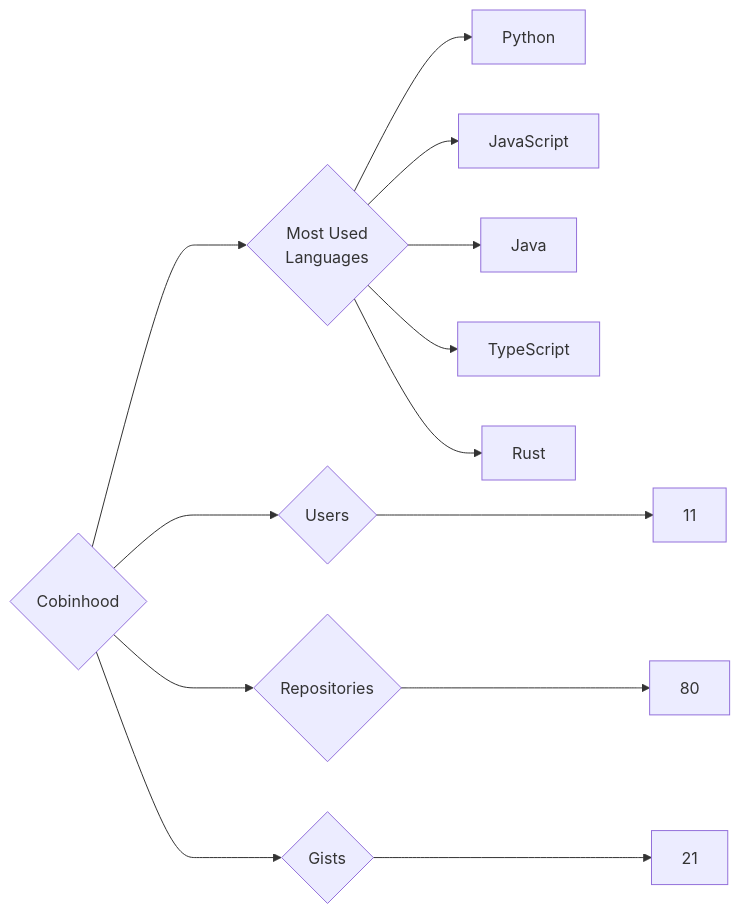
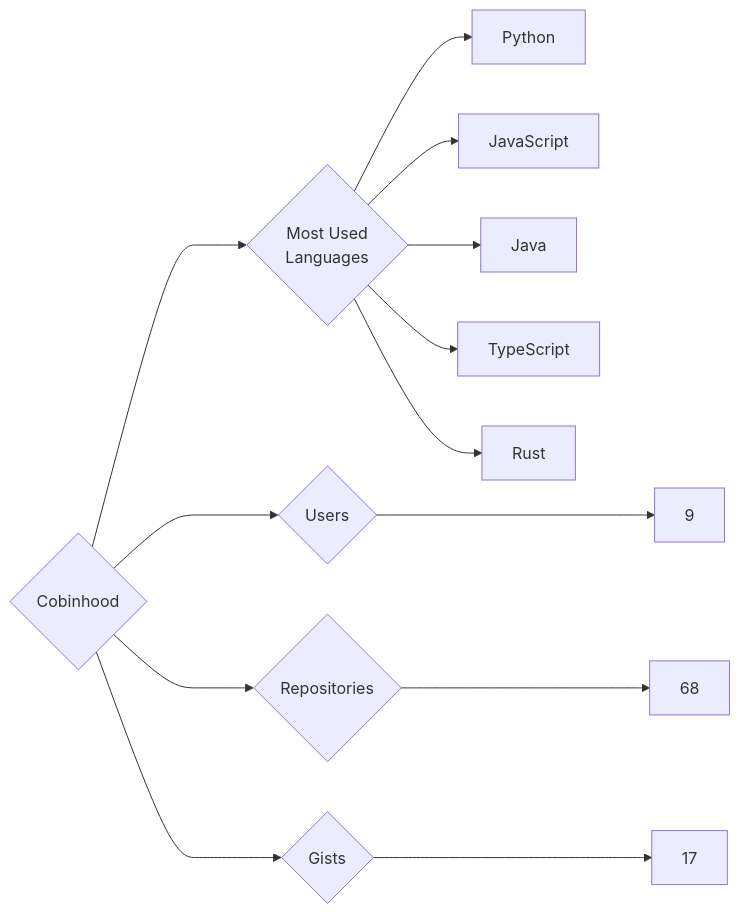
Before and after one commit to trickest/insiders: the diagram in targets/Cobinhood/README.md, drawn with Mermaid. The commit also changed 942 other files, not shown here.

````diff
--- a/targets/Cobinhood/README.md
+++ b/targets/Cobinhood/README.md
@@ -3,13 +3,13 @@
 ```mermaid
 graph LR
 COMPANY_NAME{Cobinhood}
-COMPANY_NAME ---> U{Users} ---> UN[11]
-COMPANY_NAME ---> R{Repositories} ---> RN[80]
-COMPANY_NAME ---> G{Gists} ---> GN[21]
+COMPANY_NAME ---> U{Users} ---> UN[9]
+COMPANY_NAME ---> R{Repositories} ---> RN[68]
+COMPANY_NAME ---> G{Gists} ---> GN[17]
 COMPANY_NAME ---> ML{Most Used<br>Languages}
 ML --> Python[Python]
 ML --> JavaScript[JavaScript]
 ML --> Java[Java]
 ML --> TypeScript[TypeScript]
 ML --> Rust[Rust]
 ```
````
